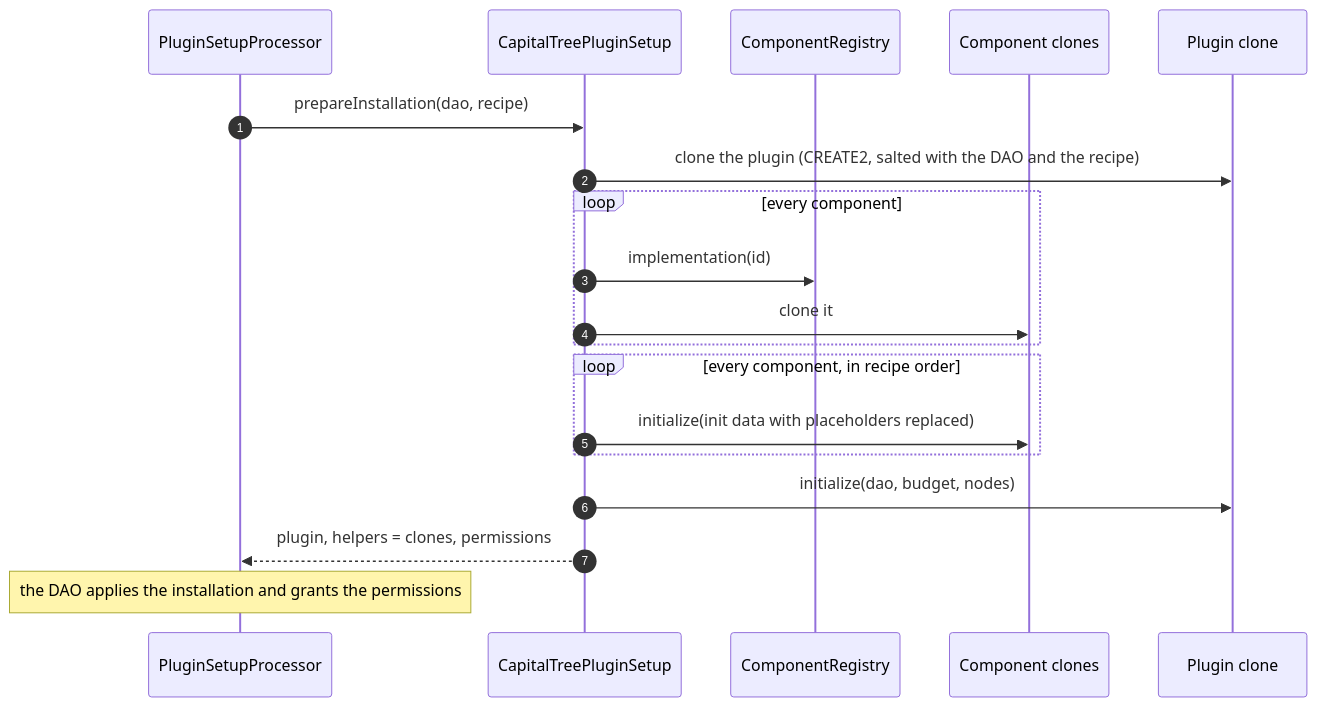
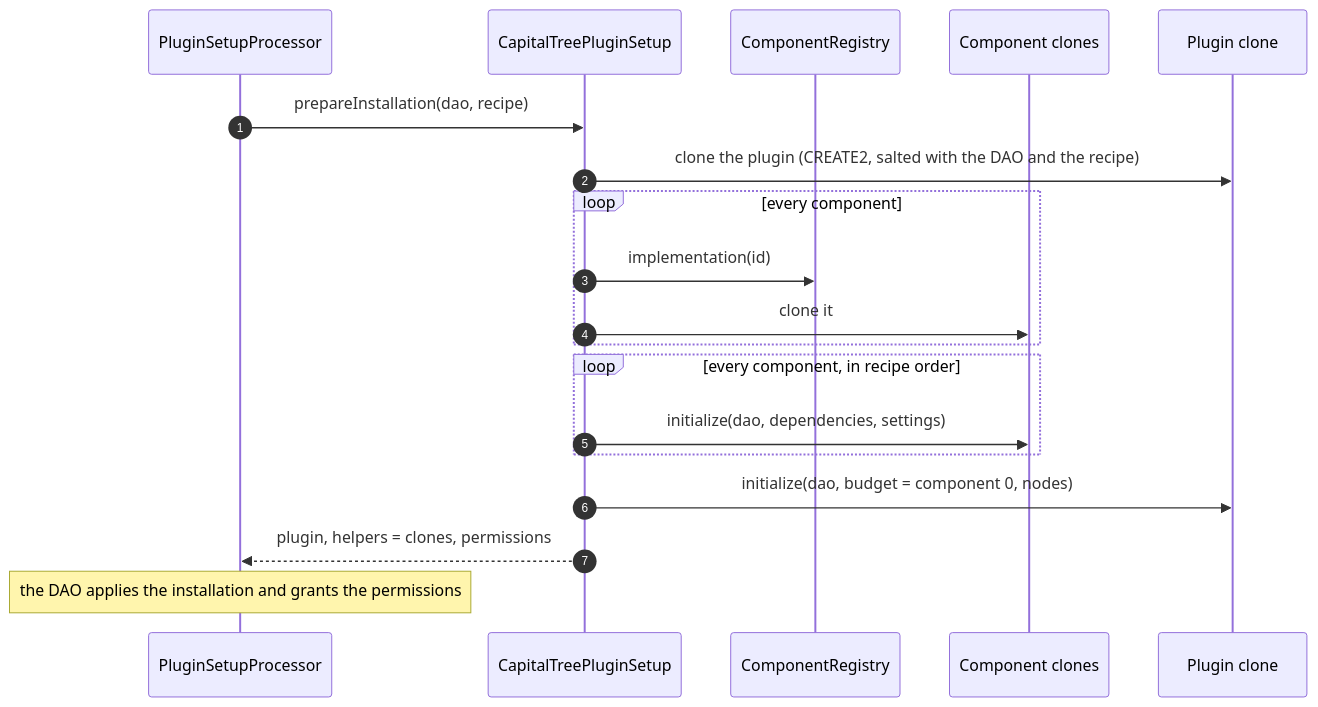
One commit to antfarm-official/tree-capital changed the ninth of 10 diagrams in README.md. Above: the diagram before and after it, drawn with Mermaid. The commit also changed other lines of this file and 41 other files, not shown here.

````diff
--- a/README.md
+++ b/README.md
@@ -411,22 +418,22 @@
 ```mermaid
 sequenceDiagram
     autonumber
     participant PSP as PluginSetupProcessor
     participant Setup as CapitalTreePluginSetup
     participant Registry as ComponentRegistry
     participant Clones as Component clones
     participant Plugin as Plugin clone
 
     PSP->>Setup: prepareInstallation(dao, recipe)
     Setup->>Plugin: clone the plugin (CREATE2, salted with the DAO and the recipe)
     loop every component
         Setup->>Registry: implementation(id)
         Setup->>Clones: clone it
     end
     loop every component, in recipe order
-        Setup->>Clones: initialize(init data with placeholders replaced)
+        Setup->>Clones: initialize(dao, dependencies, settings)
     end
-    Setup->>Plugin: initialize(dao, budget, nodes)
+    Setup->>Plugin: initialize(dao, budget = component 0, nodes)
     Setup-->>PSP: plugin, helpers = clones, permissions
     Note over PSP: the DAO applies the installation and grants the permissions
 ```
````
